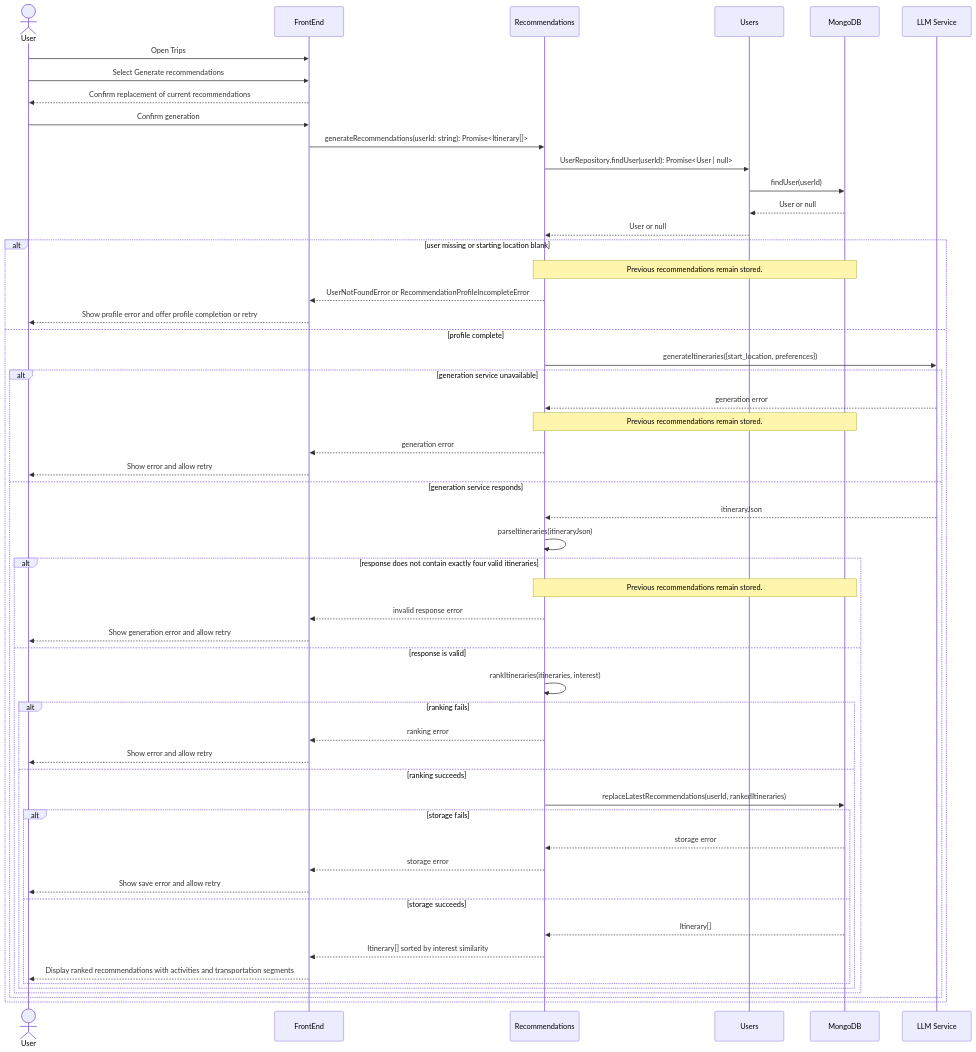
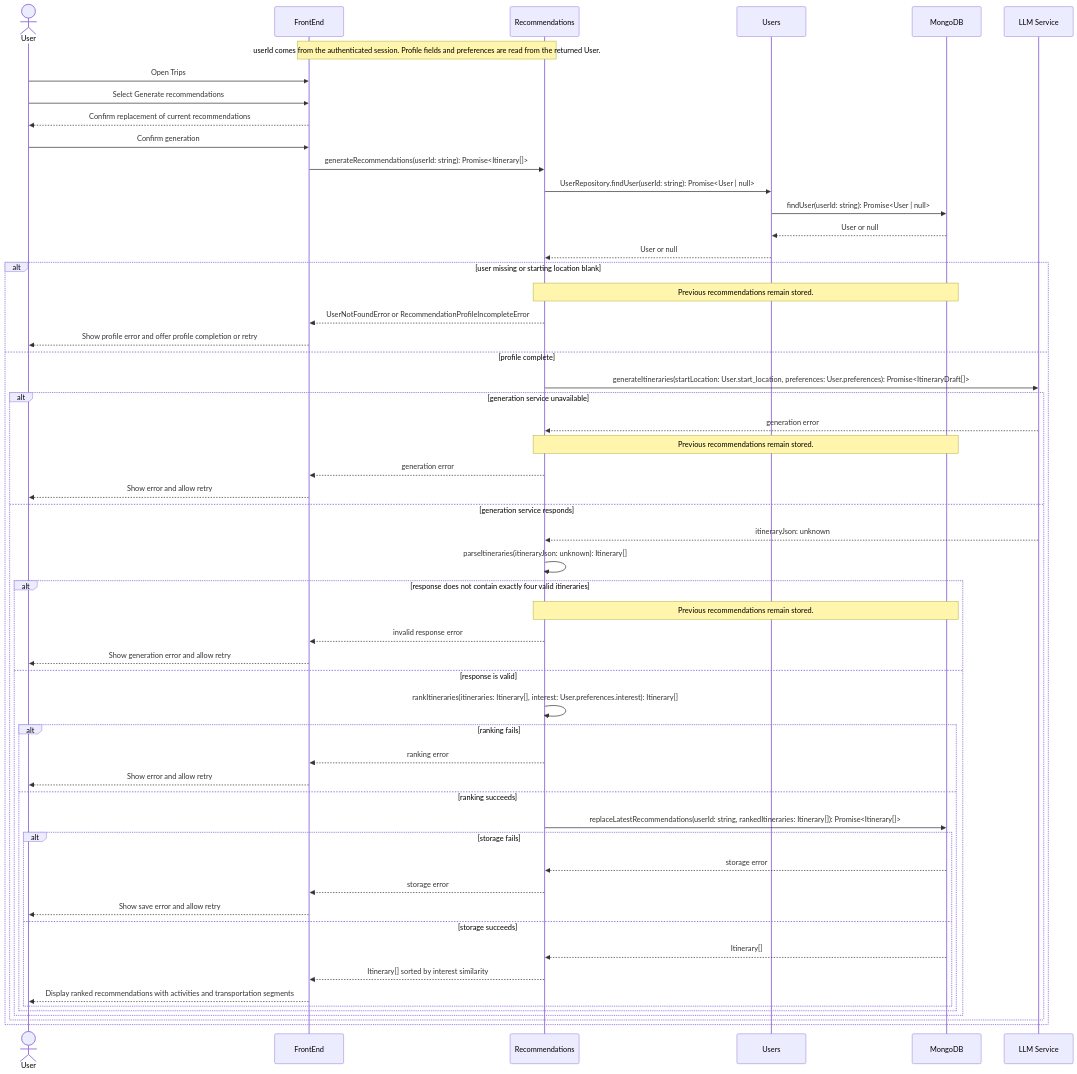
Before and after one commit to islamhampriv/ExploreUBC: the diagram in documentation/images/generate_itineraries_seq_diagram.mmd, drawn with Mermaid. The commit also changed 24 other files, not shown here.

```diff
--- a/documentation/images/generate_itineraries_seq_diagram.mmd
+++ b/documentation/images/generate_itineraries_seq_diagram.mmd
@@ -1,55 +1,57 @@
 sequenceDiagram
     actor User
     participant App as FrontEnd
     participant Recommendations
     participant Users
     participant DB as MongoDB
     participant LLM as LLM Service
 
+    Note over App,Recommendations: userId comes from the authenticated session. Profile fields and preferences are read from the returned User.
+
     User->>App: Open Trips
     User->>App: Select Generate recommendations
     App-->>User: Confirm replacement of current recommendations
     User->>App: Confirm generation
     App->>Recommendations: generateRecommendations(userId: string): Promise<Itinerary[]>
-    Recommendations->>Users: UserRepository.findUser(userId): Promise<User | null>
-    Users->>DB: findUser(userId)
+    Recommendations->>Users: UserRepository.findUser(userId: string): Promise<User | null>
+    Users->>DB: findUser(userId: string): Promise<User | null>
     DB-->>Users: User or null
     Users-->>Recommendations: User or null
     alt user missing or starting location blank
         Note over Recommendations,DB: Previous recommendations remain stored.
         Recommendations-->>App: UserNotFoundError or RecommendationProfileIncompleteError
         App-->>User: Show profile error and offer profile completion or retry
     else profile complete
-        Recommendations->>LLM: generateItineraries({start_location, preferences})
+        Recommendations->>LLM: generateItineraries(startLocation: User.start_location, preferences: User.preferences): Promise<ItineraryDraft[]>
         alt generation service unavailable
             LLM-->>Recommendations: generation error
             Note over Recommendations,DB: Previous recommendations remain stored.
             Recommendations-->>App: generation error
             App-->>User: Show error and allow retry
         else generation service responds
-            LLM-->>Recommendations: itineraryJson
-            Recommendations->>Recommendations: parseItineraries(itineraryJson)
+            LLM-->>Recommendations: itineraryJson: unknown
+            Recommendations->>Recommendations: parseItineraries(itineraryJson: unknown): Itinerary[]
             alt response does not contain exactly four valid itineraries
                 Note over Recommendations,DB: Previous recommendations remain stored.
                 Recommendations-->>App: invalid response error
                 App-->>User: Show generation error and allow retry
             else response is valid
-                Recommendations->>Recommendations: rankItineraries(itineraries, interest)
+                Recommendations->>Recommendations: rankItineraries(itineraries: Itinerary[], interest: User.preferences.interest): Itinerary[]
                 alt ranking fails
                     Recommendations-->>App: ranking error
                     App-->>User: Show error and allow retry
                 else ranking succeeds
-                    Recommendations->>DB: replaceLatestRecommendations(userId, rankedItineraries)
+                    Recommendations->>DB: replaceLatestRecommendations(userId: string, rankedItineraries: Itinerary[]): Promise<Itinerary[]>
                     alt storage fails
                         DB-->>Recommendations: storage error
                         Recommendations-->>App: storage error
                         App-->>User: Show save error and allow retry
                     else storage succeeds
                         DB-->>Recommendations: Itinerary[]
                         Recommendations-->>App: Itinerary[] sorted by interest similarity
                         App-->>User: Display ranked recommendations with activities and transportation segments
                     end
                 end
             end
         end
     end
```
